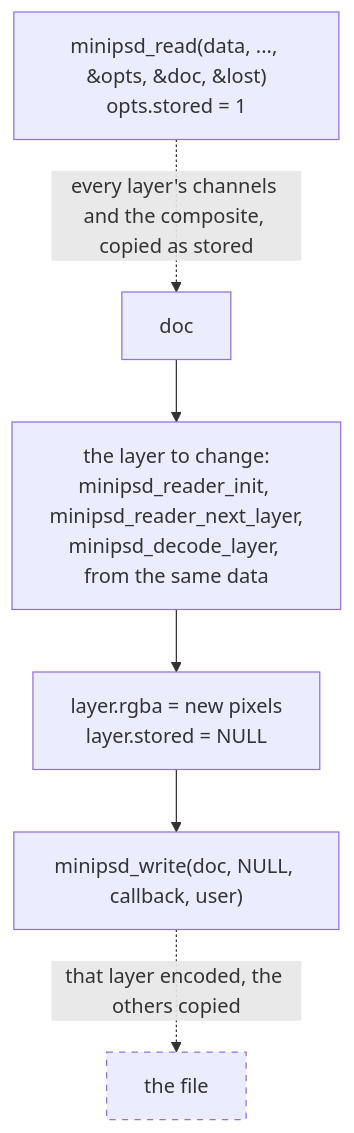
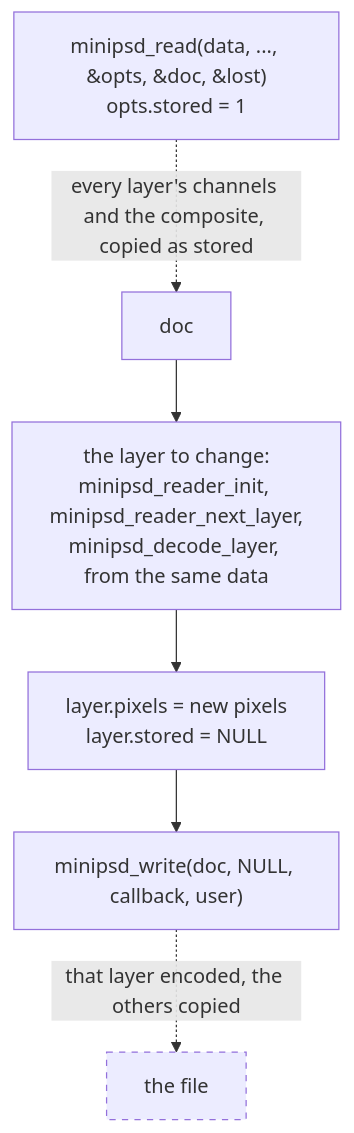
Before and after one commit to ShadobaDev/minipsd: the fifth of 5 diagrams in docs/MANUAL.md, drawn with Mermaid. The commit also changed other lines of this file and 24 other files, not shown here.

First line of the commit message:
refactor(api): colour modes in the document; rgba becomes pixels (S6.19, 1)

````diff
--- a/docs/MANUAL.md
+++ b/docs/MANUAL.md
@@ -648,11 +648,11 @@
 ```mermaid
 flowchart TD
     read["minipsd_read(data, ..., &opts, &doc, &lost)<br>opts.stored = 1"]
     read -. "every layer's channels and the composite, copied as stored" .-> doc["doc"]
     doc --> pick["the layer to change:<br>minipsd_reader_init, minipsd_reader_next_layer,<br>minipsd_decode_layer, from the same data"]
-    pick --> set["layer.rgba = new pixels<br>layer.stored = NULL"]
+    pick --> set["layer.pixels = new pixels<br>layer.stored = NULL"]
     set --> write["minipsd_write(doc, NULL, callback, user)"]
     write -. "that layer encoded, the others copied" .-> out["the file"]
     classDef minipsd stroke-dasharray: 5 5
     class out minipsd
 ```
````
